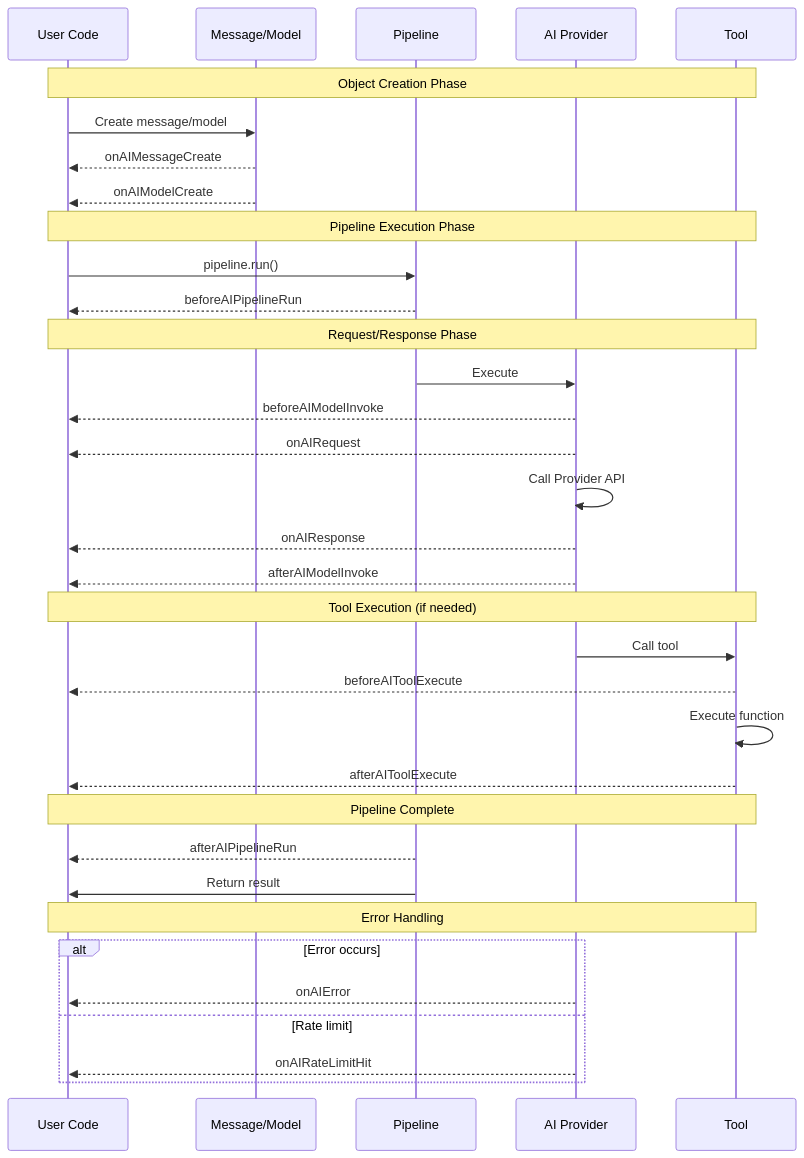
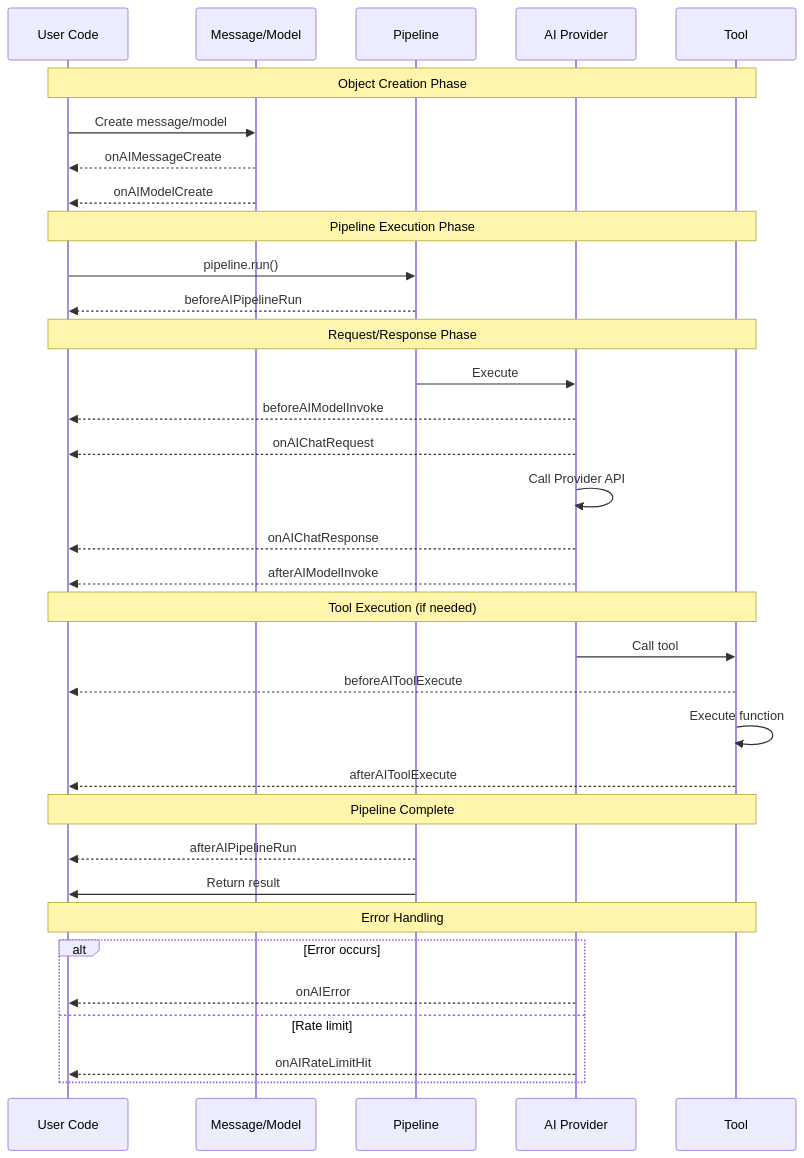
The first of 3 diagrams in advanced/events.md (ortus-boxlang/bx-ai-docs), drawn with Mermaid before and after one commit. The commit also changed other lines of this file, not shown here.

````diff
--- a/advanced/events.md
+++ b/advanced/events.md
@@ -83,42 +82,42 @@
 ```mermaid
 sequenceDiagram
     participant U as User Code
     participant M as Message/Model
     participant P as Pipeline
     participant AI as AI Provider
     participant T as Tool
 
     Note over U,T: Object Creation Phase
     U->>M: Create message/model
     M-->>U: onAIMessageCreate
     M-->>U: onAIModelCreate
 
     Note over U,T: Pipeline Execution Phase
     U->>P: pipeline.run()
     P-->>U: beforeAIPipelineRun
 
     Note over U,T: Request/Response Phase
     P->>AI: Execute
     AI-->>U: beforeAIModelInvoke
-    AI-->>U: onAIRequest
+    AI-->>U: onAIChatRequest
     AI->>AI: Call Provider API
-    AI-->>U: onAIResponse
+    AI-->>U: onAIChatResponse
     AI-->>U: afterAIModelInvoke
 
     Note over U,T: Tool Execution (if needed)
     AI->>T: Call tool
     T-->>U: beforeAIToolExecute
     T->>T: Execute function
     T-->>U: afterAIToolExecute
 
     Note over U,T: Pipeline Complete
     P-->>U: afterAIPipelineRun
     P->>U: Return result
 
     Note over U,T: Error Handling
     alt Error occurs
         AI-->>U: onAIError
     else Rate limit
         AI-->>U: onAIRateLimitHit
     end
 ```
````
